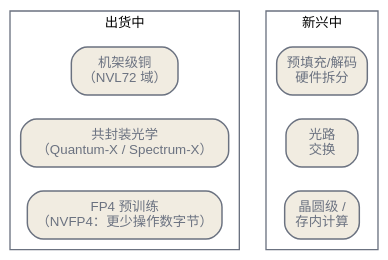
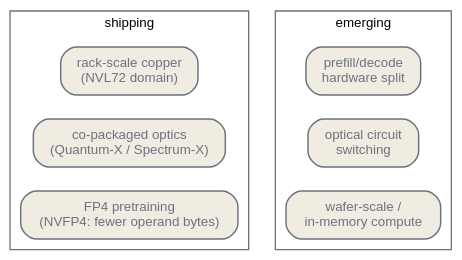
Before and after one commit to latere-ai/ai-as-an-infrastructure: the fourth of 4 diagrams in zh/p11-frontiers/45-the-compute-frontier.qmd, drawn with Graphviz. The commit also changed other lines of this file and 106 other files, not shown here.

````diff
--- a/zh/p11-frontiers/45-the-compute-frontier.qmd
+++ b/zh/p11-frontiers/45-the-compute-frontier.qmd
@@ -112,24 +112,24 @@
 ```{dot}
 //| label: fig-compute-frontier-escapes
 //| fig-cap: "逃出带宽墙的几条路，按成熟度排。左列在量产；右列已演示但非默认。中间两条不靠新互连，而是用数值和阶段专门化来打墙。"
 digraph escapes {
   rankdir=LR;
   bgcolor="transparent";
   node [shape=box, style="rounded,filled", fontname="Helvetica", fontsize=10, color="#6b7280", fontcolor="#6b7280", fillcolor="#f1ece1", penwidth=1.1];
   edge [color="#6b7280"];
 
-  subgraph cluster_ship { label="出货中"; color="#6b7280"; fontname="Helvetica"; fontsize=10;
-    rack [label="机架级铜\n（NVL72 域）"];
-    cpo  [label="共封装光学\n（Quantum-X / Spectrum-X）"];
-    fp4  [label="FP4 预训练\n（NVFP4：更少操作数字节）"];
+  subgraph cluster_ship { label="shipping"; color="#6b7280"; fontname="Helvetica"; fontsize=10;
+    rack [label="rack-scale copper\n(NVL72 domain)"];
+    cpo  [label="co-packaged optics\n(Quantum-X / Spectrum-X)"];
+    fp4  [label="FP4 pretraining\n(NVFP4: fewer operand bytes)"];
   }
-  subgraph cluster_emerge { label="新兴中"; color="#6b7280"; fontname="Helvetica"; fontsize=10;
-    disagg [label="预填充/解码\n硬件拆分"];
-    ocs    [label="光路\n交换"];
-    wafer  [label="晶圆级 /\n存内计算"];
+  subgraph cluster_emerge { label="emerging"; color="#6b7280"; fontname="Helvetica"; fontsize=10;
+    disagg [label="prefill/decode\nhardware split"];
+    ocs    [label="optical circuit\nswitching"];
+    wafer  [label="wafer-scale /\nin-memory compute"];
   }
   rack -> disagg [style=invis];
   cpo -> ocs [style=invis];
   fp4 -> wafer [style=invis];
 }
 ```
````
